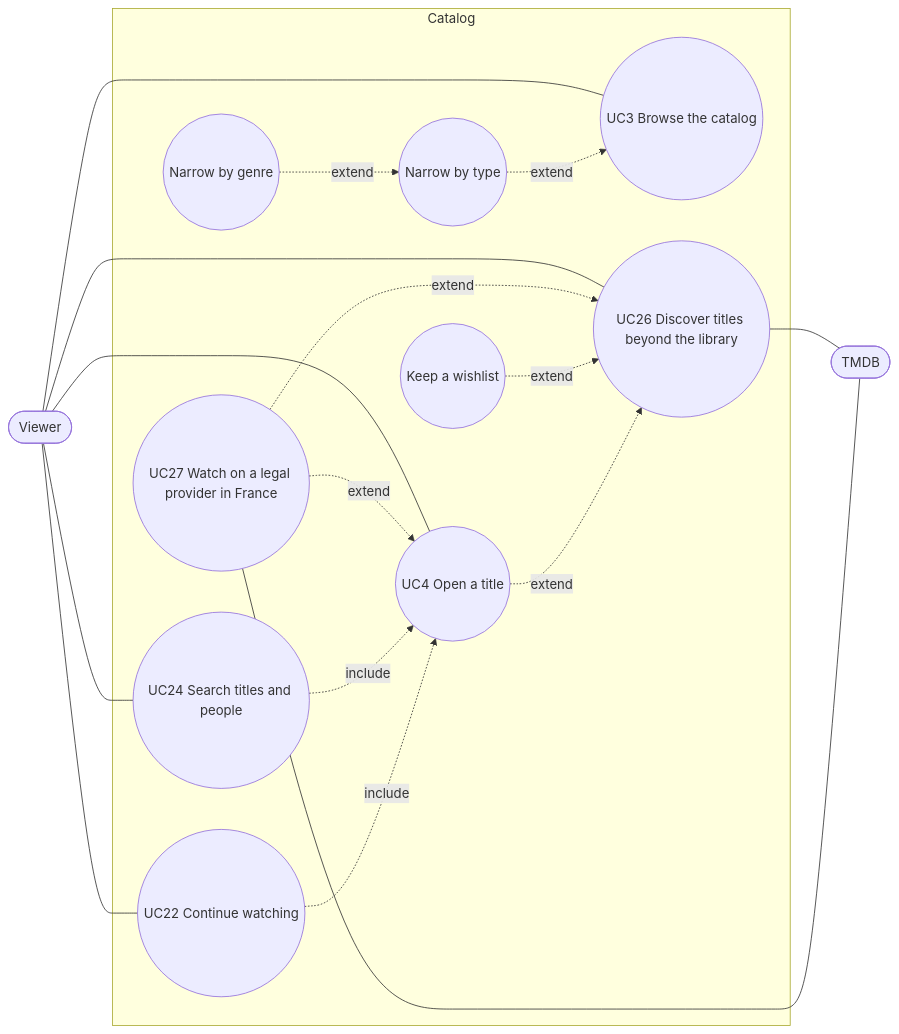
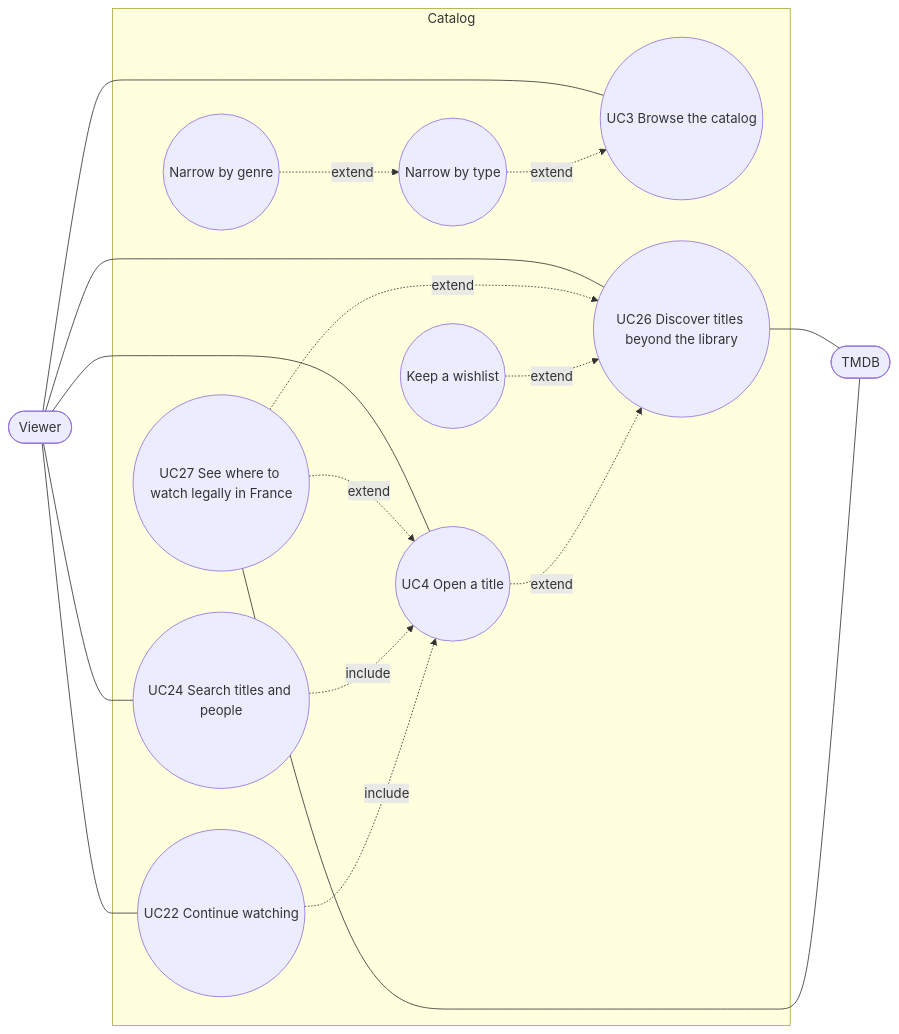
Before and after one commit to benoit-bremaud/popcorntv: the diagram in docs/architecture/diagrams/catalog/01-use-case.md, drawn with Mermaid. The commit also changed other lines of this file and 15 other files, not shown here.

First line of the commit message:
fix(discover): address adversarial review of where to watch (#184)

````diff
--- a/docs/architecture/diagrams/catalog/01-use-case.md
+++ b/docs/architecture/diagrams/catalog/01-use-case.md
@@ -8,31 +8,31 @@
 ```mermaid
 flowchart LR
   viewer([Viewer])
   subgraph Catalog
     uc3((UC3 Browse the catalog))
     uc3a((Narrow by type))
     uc3b((Narrow by genre))
     uc4((UC4 Open a title))
     uc22((UC22 Continue watching))
     uc24((UC24 Search titles and people))
     uc26((UC26 Discover titles beyond the library))
     uc26a((Keep a wishlist))
-    uc27((UC27 Watch on a legal provider in France))
+    uc27((UC27 See where to watch legally in France))
   end
   tmdb([TMDB])
   viewer --- uc3
   viewer --- uc4
   viewer --- uc22
   viewer --- uc24
   viewer --- uc26
   uc26 --- tmdb
   uc27 --- tmdb
   uc27 -. extend .-> uc26
   uc27 -. extend .-> uc4
   uc26a -. extend .-> uc26
   uc4 -. extend .-> uc26
   uc24 -. include .-> uc4
   uc22 -. include .-> uc4
   uc3a -. extend .-> uc3
   uc3b -. extend .-> uc3a
 ```
````
